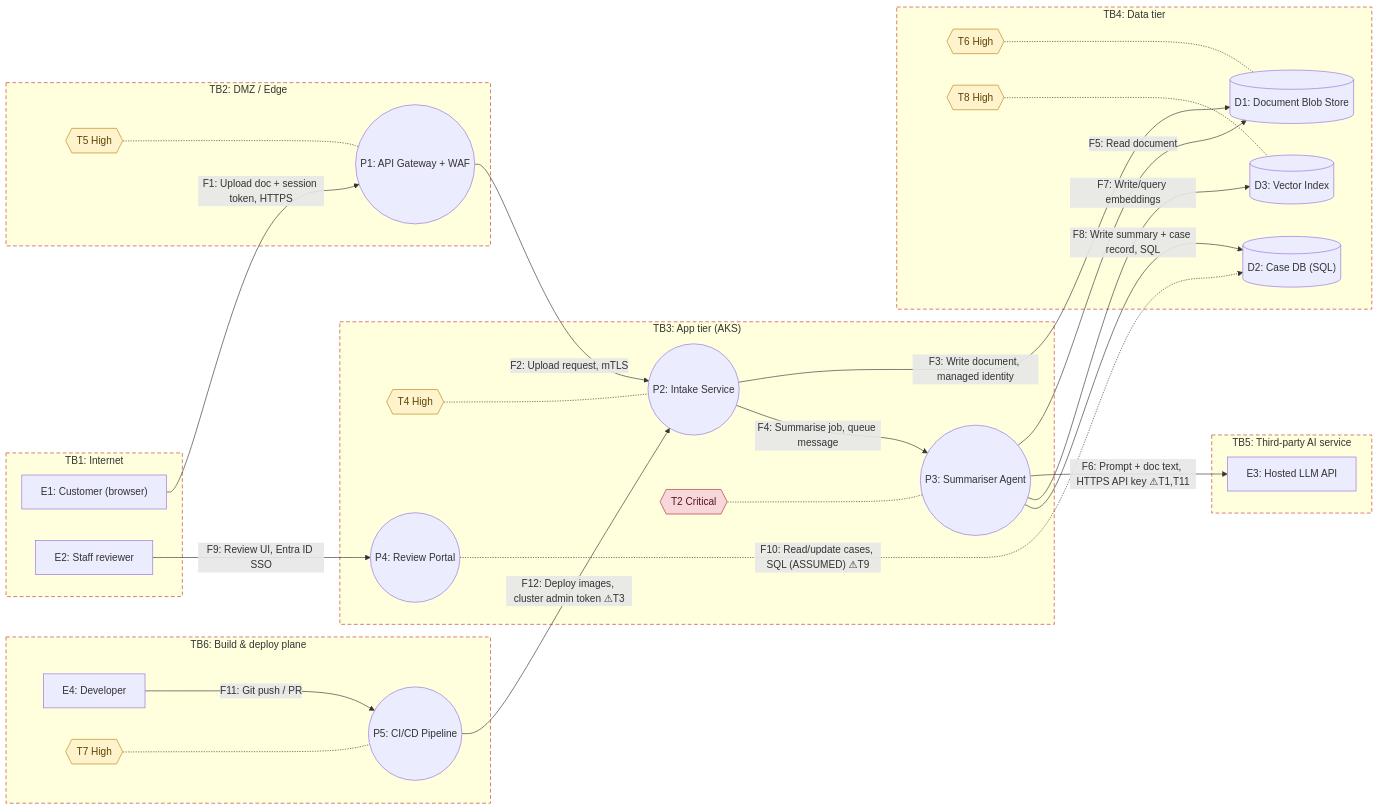
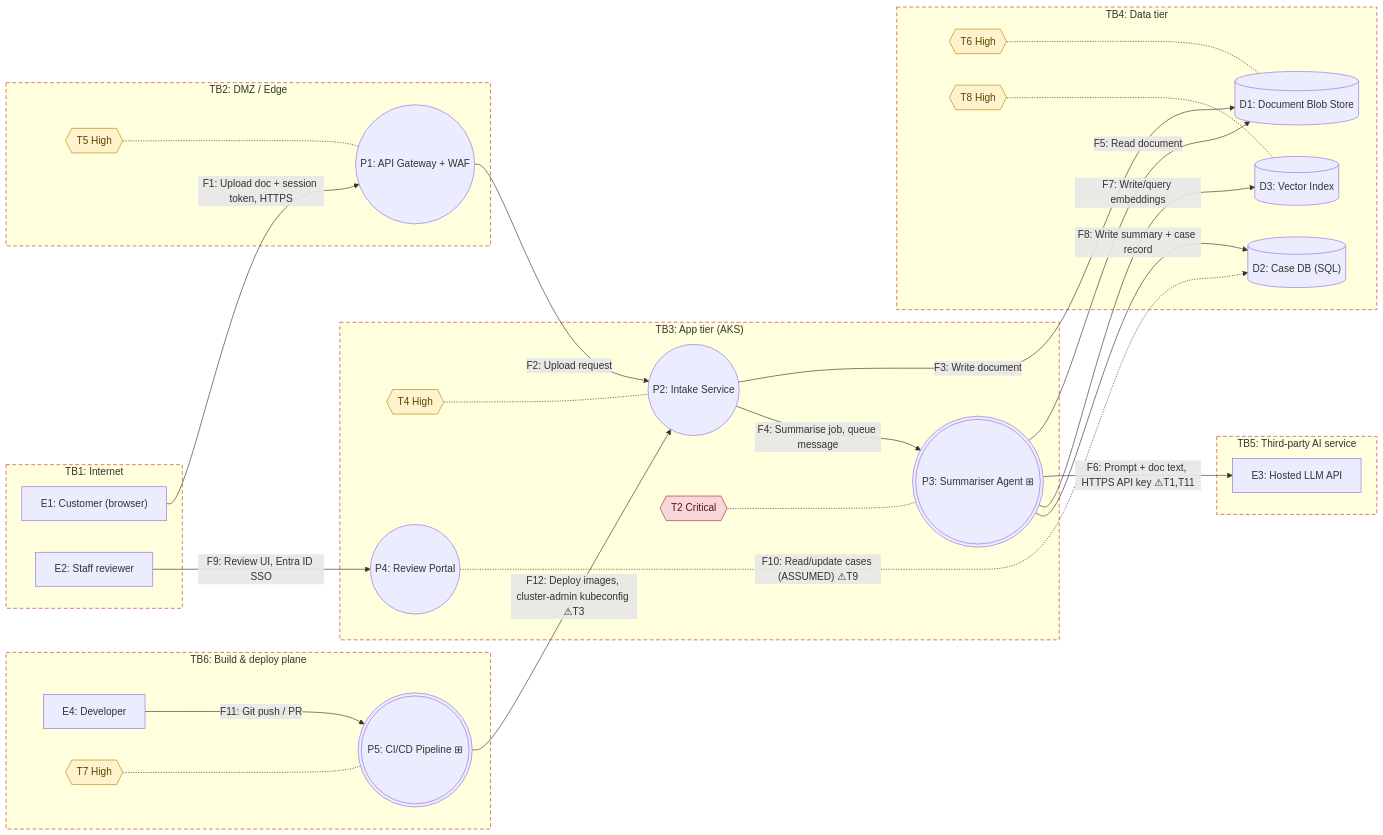
The second of 3 diagrams in README.md (jfang88/copilot-threat-model-agent), drawn with Mermaid before and after one commit. The commit also changed other lines of this file and 18 other files, not shown here.

````diff
--- a/README.md
+++ b/README.md
@@ -39,59 +70,60 @@
 ```mermaid
 flowchart LR
-  subgraph TB1["TB1: Internet"]
+  subgraph L0_TB1["TB1: Internet"]
     E1["E1: Customer (browser)"]
     E2["E2: Staff reviewer"]
   end
-  style TB1 stroke:#c0392b,stroke-dasharray:6 4
-  subgraph TB2["TB2: DMZ / Edge"]
+  style L0_TB1 stroke:#c0392b,stroke-dasharray:6 4
+  subgraph L0_TB2["TB2: DMZ / Edge"]
     P1(("P1: API Gateway + WAF"))
     T5{{"T5 High"}} -.- P1
   end
-  style TB2 stroke:#c0392b,stroke-dasharray:6 4
-  subgraph TB3["TB3: App tier (AKS)"]
+  style L0_TB2 stroke:#c0392b,stroke-dasharray:6 4
+  subgraph L0_TB3["TB3: App tier (AKS)"]
     P2(("P2: Intake Service"))
     T4{{"T4 High"}} -.- P2
-    P3(("P3: Summariser Agent"))
+    P3((("P3: Summariser Agent ⊞")))
     T2{{"T2 Critical"}} -.- P3
     P4(("P4: Review Portal"))
   end
-  style TB3 stroke:#c0392b,stroke-dasharray:6 4
-  subgraph TB4["TB4: Data tier"]
+  style L0_TB3 stroke:#c0392b,stroke-dasharray:6 4
+  subgraph L0_TB4["TB4: Data tier"]
     D1[("D1: Document Blob Store")]
     T6{{"T6 High"}} -.- D1
     D2[("D2: Case DB (SQL)")]
     D3[("D3: Vector Index")]
     T8{{"T8 High"}} -.- D3
   end
-  style TB4 stroke:#c0392b,stroke-dasharray:6 4
-  subgraph TB5["TB5: Third-party AI service"]
+  style L0_TB4 stroke:#c0392b,stroke-dasharray:6 4
+  subgraph L0_TB5["TB5: Third-party AI service"]
     E3["E3: Hosted LLM API"]
   end
-  style TB5 stroke:#c0392b,stroke-dasharray:6 4
-  subgraph TB6["TB6: Build & deploy plane"]
+  style L0_TB5 stroke:#c0392b,stroke-dasharray:6 4
+  subgraph L0_TB6["TB6: Build & deploy plane"]
     E4["E4: Developer"]
-    P5(("P5: CI/CD Pipeline"))
+    P5((("P5: CI/CD Pipeline ⊞")))
     T7{{"T7 High"}} -.- P5
   end
-  style TB6 stroke:#c0392b,stroke-dasharray:6 4
+  style L0_TB6 stroke:#c0392b,stroke-dasharray:6 4
   E1 -->|"F1: Upload doc + session token, HTTPS"| P1
-  P1 -->|"F2: Upload request, mTLS"| P2
-  P2 -->|"F3: Write document, managed identity"| D1
+  P1 -->|"F2: Upload request"| P2
+  P2 -->|"F3: Write document"| D1
   P2 -->|"F4: Summarise job, queue message"| P3
   P3 -->|"F5: Read document"| D1
   P3 -->|"F6: Prompt + doc text, HTTPS API key ⚠T1,T11"| E3
   P3 -->|"F7: Write/query embeddings"| D3
-  P3 -->|"F8: Write summary + case record, SQL"| D2
+  P3 -->|"F8: Write summary + case record"| D2
   E2 -->|"F9: Review UI, Entra ID SSO"| P4
-  P4 -.->|"F10: Read/update cases, SQL (ASSUMED) ⚠T9"| D2
+  P4 -.->|"F10: Read/update cases (ASSUMED) ⚠T9"| D2
   E4 -->|"F11: Git push / PR"| P5
-  P5 -->|"F12: Deploy images, cluster admin token ⚠T3"| P2
+  P5 -->|"F12: Deploy images, cluster-admin kubeconfig ⚠T3"| P2
   classDef crit fill:#f8d7da,stroke:#b02a37,color:#58151c
   classDef high fill:#fff3cd,stroke:#b8860b,color:#5c4400
+  classDef ctx fill:#f5f5f5,stroke:#999999,color:#666666,stroke-dasharray:4 3
   class T5 high
   class T4 high
   class T2 crit
   class T6 high
   class T8 high
   class T7 high
 ```
````
